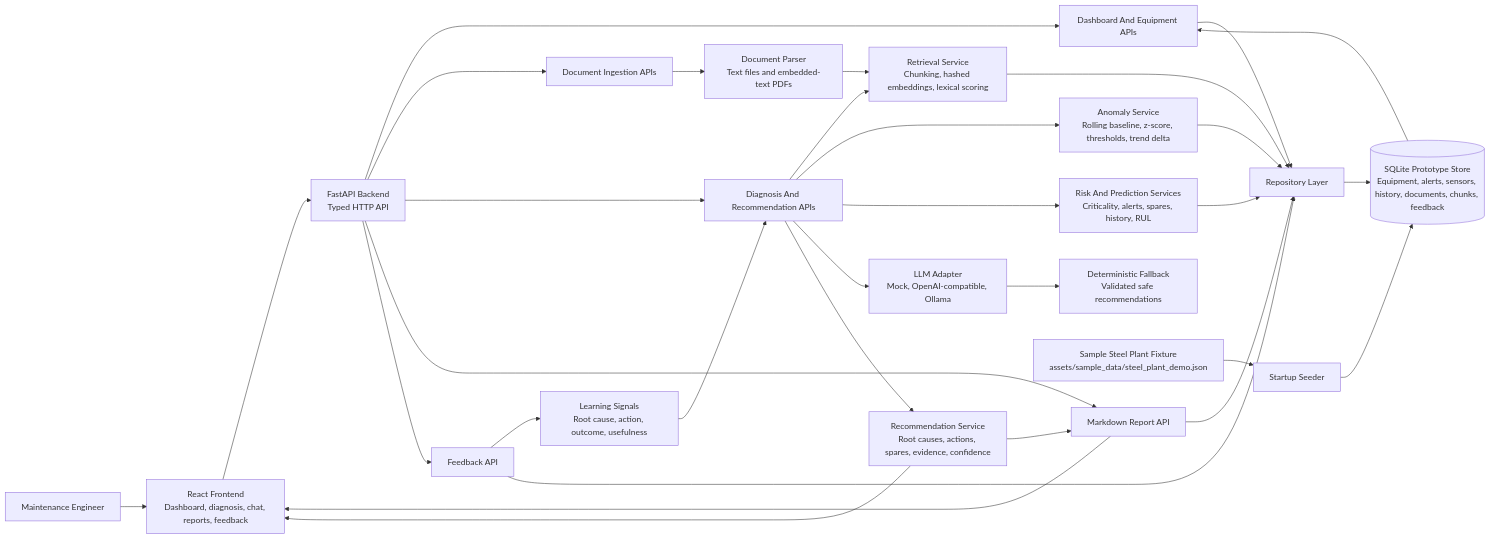
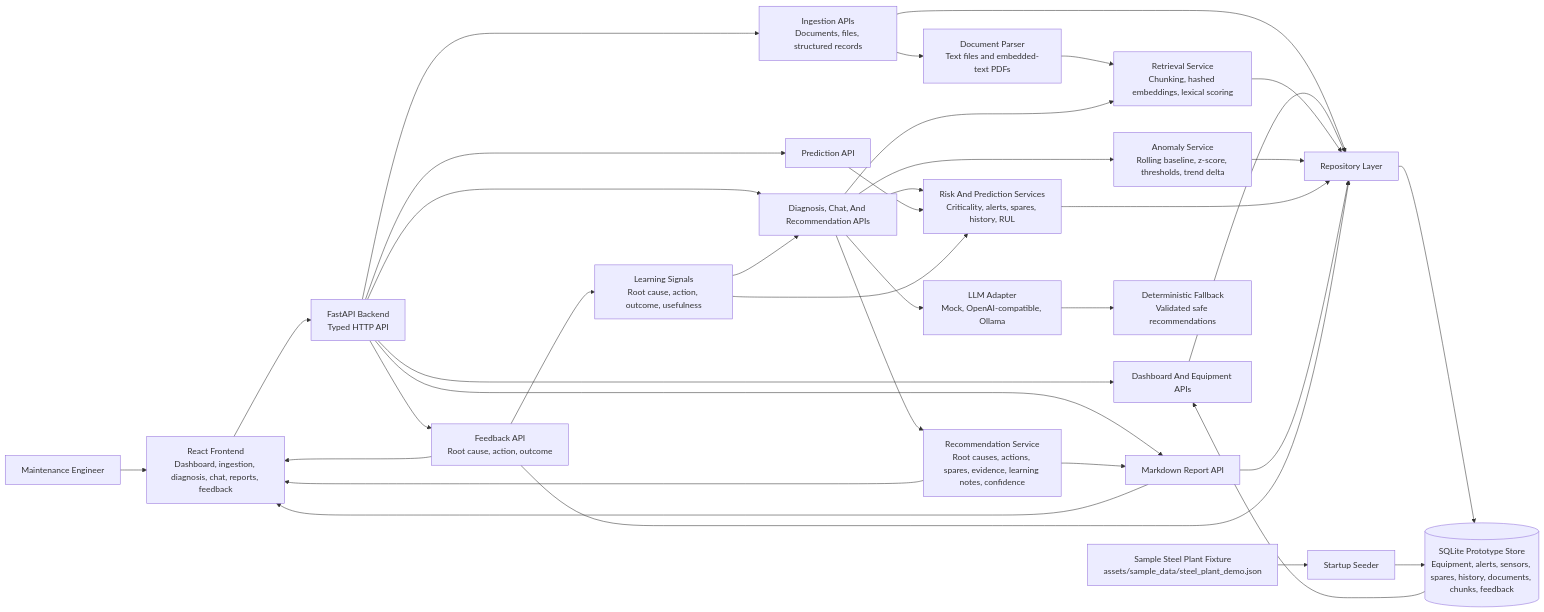
The diagram in docs/architecture.md (ragavendran-r/ai-powered-maintenance-wizard), drawn with Mermaid before and after one commit. The commit also changed other lines of this file and 4 other files, not shown here.

Commit message:
Refresh README and architecture docs

````diff
--- a/docs/architecture.md
+++ b/docs/architecture.md
@@ -5,40 +5,45 @@
 ```mermaid
 flowchart LR
-  engineer["Maintenance Engineer"] --> frontend["React Frontend<br/>Dashboard, diagnosis, chat, reports, feedback"]
+  engineer["Maintenance Engineer"] --> frontend["React Frontend<br/>Dashboard, ingestion, diagnosis, chat, reports, feedback"]
   frontend --> api["FastAPI Backend<br/>Typed HTTP API"]
 
   api --> dashboard["Dashboard And Equipment APIs"]
-  api --> ingest["Document Ingestion APIs"]
-  api --> diagnosis["Diagnosis And Recommendation APIs"]
+  api --> ingest["Ingestion APIs<br/>Documents, files, structured records"]
+  api --> diagnosis["Diagnosis, Chat, And Recommendation APIs"]
+  api --> prediction["Prediction API"]
   api --> report["Markdown Report API"]
-  api --> feedback["Feedback API"]
+  api --> feedback["Feedback API<br/>Root cause, action, outcome"]
 
   ingest --> parser["Document Parser<br/>Text files and embedded-text PDFs"]
   parser --> retrieval["Retrieval Service<br/>Chunking, hashed embeddings, lexical scoring"]
+  ingest --> repo
 
   diagnosis --> retrieval
   diagnosis --> anomaly["Anomaly Service<br/>Rolling baseline, z-score, thresholds, trend delta"]
   diagnosis --> risk["Risk And Prediction Services<br/>Criticality, alerts, spares, history, RUL"]
   diagnosis --> llm["LLM Adapter<br/>Mock, OpenAI-compatible, Ollama"]
   llm --> fallback["Deterministic Fallback<br/>Validated safe recommendations"]
-  diagnosis --> recommendations["Recommendation Service<br/>Root causes, actions, spares, evidence, confidence"]
+  diagnosis --> recommendations["Recommendation Service<br/>Root causes, actions, spares, evidence, learning notes, confidence"]
+  prediction --> risk
 
   recommendations --> report
   feedback --> learning["Learning Signals<br/>Root cause, action, outcome, usefulness"]
   learning --> diagnosis
+  learning --> risk
 
   dashboard --> repo["Repository Layer"]
   retrieval --> repo
   anomaly --> repo
   risk --> repo
   report --> repo
   feedback --> repo
-  repo --> sqlite[("SQLite Prototype Store<br/>Equipment, alerts, sensors, history, documents, chunks, feedback")]
+  repo --> sqlite[("SQLite Prototype Store<br/>Equipment, alerts, sensors, spares, history, documents, chunks, feedback")]
 
   sample["Sample Steel Plant Fixture<br/>assets/sample_data/steel_plant_demo.json"] --> loader["Startup Seeder"]
   loader --> sqlite
 
   recommendations --> frontend
   report --> frontend
+  feedback --> frontend
   sqlite --> dashboard
 ```
````
